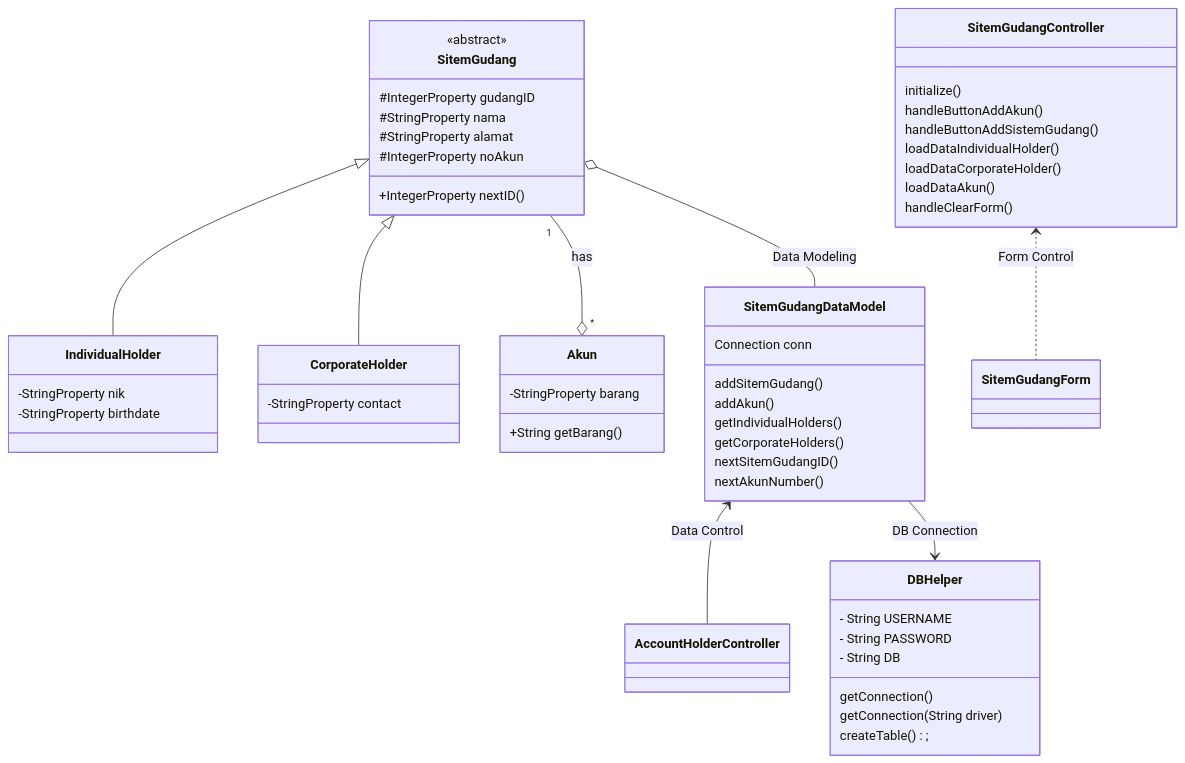
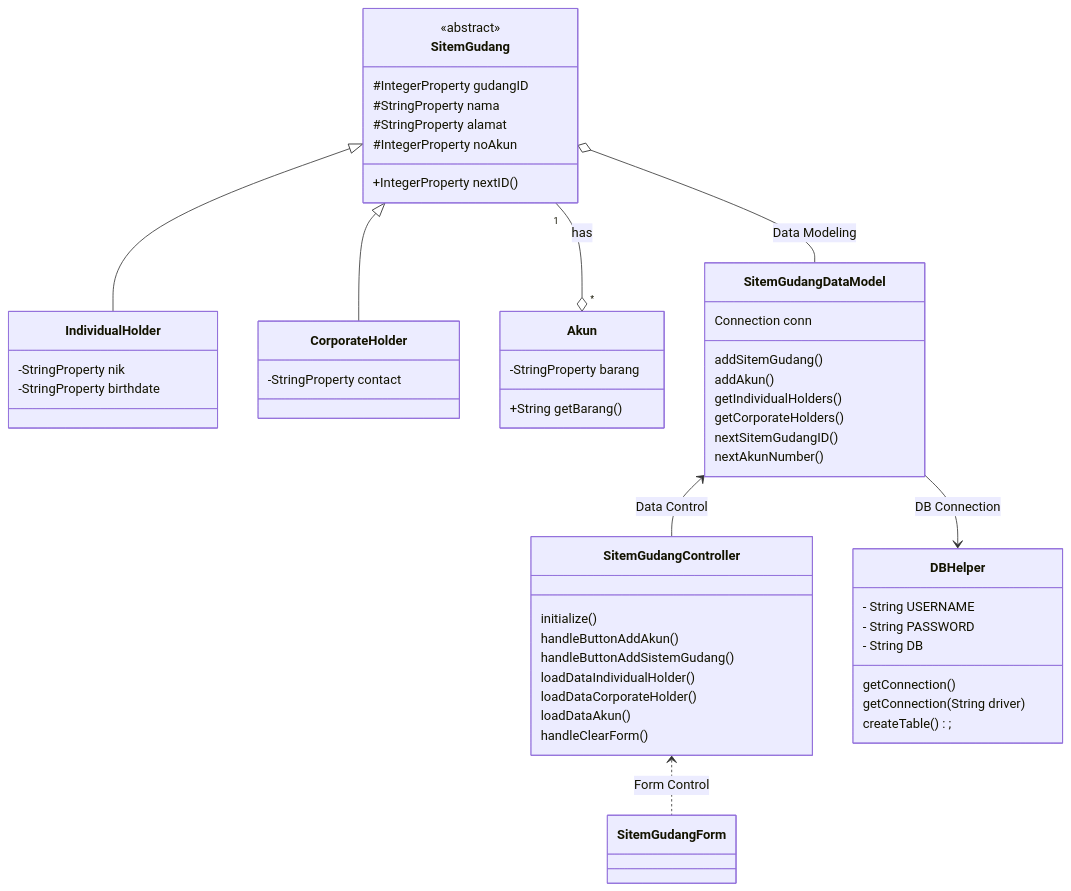
One commit to GuestBrutal/SistemGudang changed the third of 3 diagrams in README.md. Above: the diagram before and after it, drawn with Mermaid.

````diff
--- a/README.md
+++ b/README.md
@@ -63,60 +63,60 @@
 ```mermaid
 classDiagram
     SitemGudang <|-- IndividualHolder
     SitemGudang <|-- CorporateHolder
     SitemGudang "1"--o"*" Akun : has
     SitemGudang o-- SitemGudangDataModel : Data Modeling
-    SitemGudangDataModel <-- AccountHolderController : Data Control
+    SitemGudangDataModel <-- SitemGudangController : Data Control
     SitemGudangDataModel --> DBHelper : DB Connection
     SitemGudangController <.. SitemGudangForm : Form Control      
 
     class SitemGudang{
       <<abstract>>
       #IntegerProperty gudangID
       #StringProperty nama
       #StringProperty alamat
       #IntegerProperty noAkun
       
       +IntegerProperty nextID()
     }
     
     class IndividualHolder{
       -StringProperty nik
       -StringProperty birthdate
     }
     class CorporateHolder{
       -StringProperty contact
     }
     class Akun{
       -StringProperty barang
       +String getBarang()
     }
 
     class SitemGudangDataModel{
         Connection conn
         addSitemGudang()
         addAkun()
         getIndividualHolders()
         getCorporateHolders()
         nextSitemGudangID()
         nextAkunNumber()
     }
 
     class SitemGudangController{
         initialize()
         handleButtonAddAkun()
         handleButtonAddSistemGudang()
         loadDataIndividualHolder()
         loadDataCorporateHolder()
         loadDataAkun()
         handleClearForm()
     }
     class DBHelper{
         - String USERNAME
         - String PASSWORD
         - String DB
         getConnection()
         getConnection(String driver)
         createTable();
     }
 ```
````
